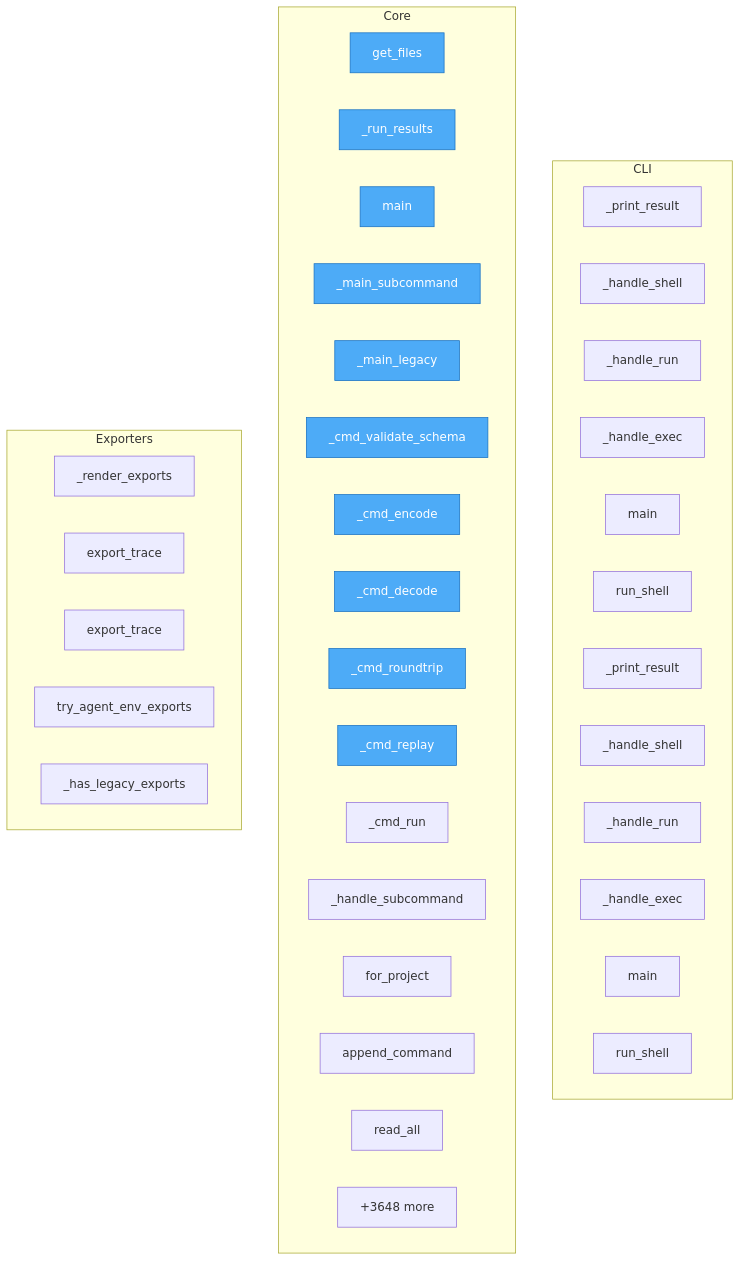
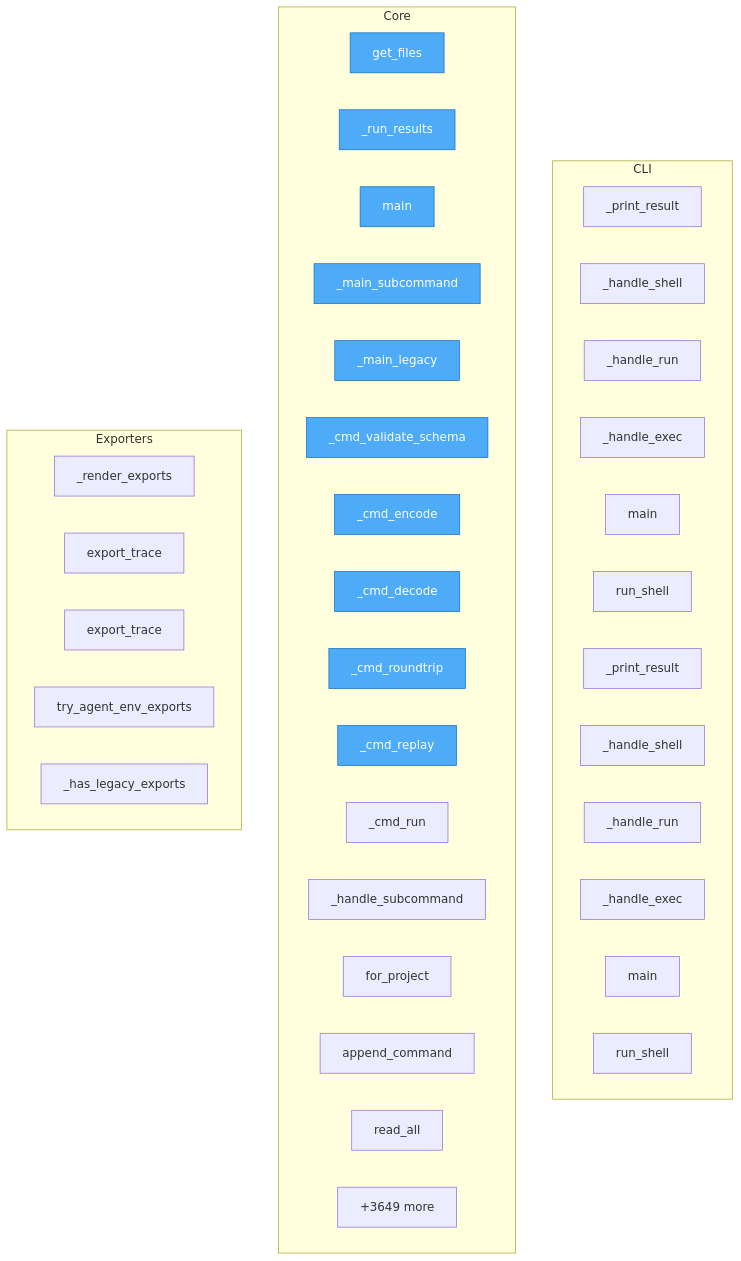
One commit to semcod/koru changed the diagram in project/flow.mmd. Above: the diagram before and after it, drawn with Mermaid. The commit also changed 30 other files, not shown here.

```diff
--- a/project/flow.mmd
+++ b/project/flow.mmd
@@ -1,49 +1,49 @@
 flowchart TD
-%% generated in 1.40s
+%% generated in 1.44s
 
     %% Entry points (blue)
     classDef entry fill:#4dabf7,stroke:#1971c2,color:#fff
 
     subgraph CLI
         packages__cli2koru__src__cli2koru__cli___print_result["_print_result"]
         packages__cli2koru__src__cli2koru__cli___handle_shell["_handle_shell"]
         packages__cli2koru__src__cli2koru__cli___handle_run["_handle_run"]
         packages__cli2koru__src__cli2koru__cli___handle_exec["_handle_exec"]
         packages__cli2koru__src__cli2koru__cli__main["main"]
         packages__cli2koru__src__cli2koru__shell__run_shell["run_shell"]
         packages__cli2coru__src__cli2coru__cli___print_result["_print_result"]
         packages__cli2coru__src__cli2coru__cli___handle_shell["_handle_shell"]
         packages__cli2coru__src__cli2coru__cli___handle_run["_handle_run"]
         packages__cli2coru__src__cli2coru__cli___handle_exec["_handle_exec"]
         packages__cli2coru__src__cli2coru__cli__main["main"]
         packages__cli2coru__src__cli2coru__shell__run_shell["run_shell"]
     end
 
     subgraph Core
         check_dups__get_files["get_files"]
         packages__dsl2koru__src__dsl2koru__cli___run_results["_run_results"]
         packages__dsl2koru__src__dsl2koru__cli__main["main"]
         packages__dsl2koru__src__dsl2koru__cli___main_subcommand["_main_subcommand"]
         packages__dsl2koru__src__dsl2koru__cli___main_legacy["_main_legacy"]
         packages__dsl2koru__src__dsl2koru__cli___cmd_validate_schema["_cmd_validate_schema"]
         packages__dsl2koru__src__dsl2koru__cli___cmd_encode["_cmd_encode"]
         packages__dsl2koru__src__dsl2koru__cli___cmd_decode["_cmd_decode"]
         packages__dsl2koru__src__dsl2koru__cli___cmd_roundtrip["_cmd_roundtrip"]
         packages__dsl2koru__src__dsl2koru__cli___cmd_replay["_cmd_replay"]
         packages__dsl2koru__src__dsl2koru__cli___cmd_run["_cmd_run"]
         packages__dsl2koru__src__dsl2koru__cli___handle_subcommand["_handle_subcommand"]
         packages__dsl2koru__src__dsl2koru__events__EventStore__for_project["for_project"]
         packages__dsl2koru__src__dsl2koru__events__EventStore__append_command["append_command"]
         packages__dsl2koru__src__dsl2koru__events__EventStore__read_all["read_all"]
-        ...["+3648 more"]
+        ...["+3649 more"]
     end
 
     subgraph Exporters
         packages__koruenv__src__koruenv__cli___render_exports["_render_exports"]
         packages__nlpshim__src__nlpshim__conversation_client__ConversationTestClient__export_trace["export_trace"]
         packages__nlpshim__src__nlpshim__conversation_test_api__export_trace["export_trace"]
         src__koru__agent_cli_helpers__try_agent_env_exports["try_agent_env_exports"]
         src__koru__cli___has_legacy_exports["_has_legacy_exports"]
     end
 
     class check_dups__get_files,packages__dsl2koru__src__dsl2koru__cli___run_results,packages__dsl2koru__src__dsl2koru__cli__main,packages__dsl2koru__src__dsl2koru__cli___main_subcommand,packages__dsl2koru__src__dsl2koru__cli___main_legacy,packages__dsl2koru__src__dsl2koru__cli___cmd_validate_schema,packages__dsl2koru__src__dsl2koru__cli___cmd_encode,packages__dsl2koru__src__dsl2koru__cli___cmd_decode,packages__dsl2koru__src__dsl2koru__cli___cmd_roundtrip,packages__dsl2koru__src__dsl2koru__cli___cmd_replay entry
```
